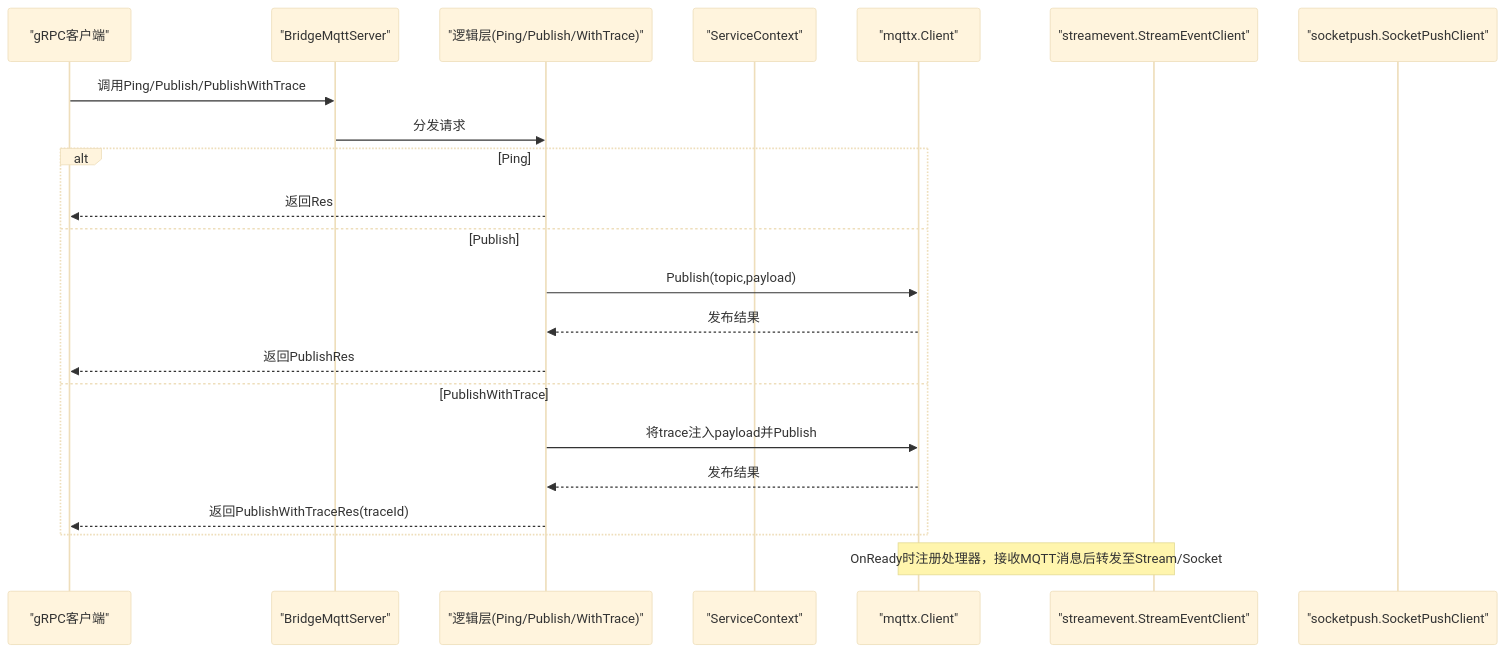
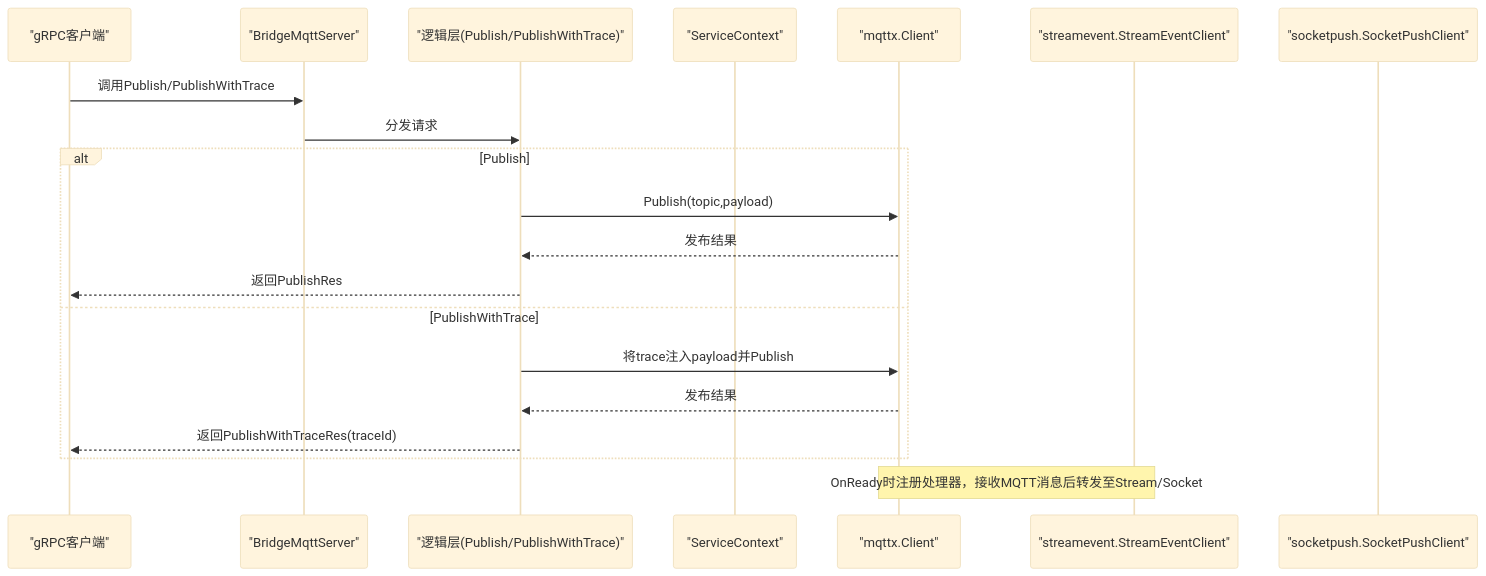
One commit to maomao94/zero-service changed the second of 3 diagrams in .qoder/repowiki/zh/content/API参考文档/gRPC API接口/MQTT桥接服务API.md. Above: the diagram before and after it, drawn with Mermaid (base theme). The commit also changed other lines of this file and 59 other files, not shown here.

````diff
--- a/.qoder/repowiki/zh/content/API参考文档/gRPC API接口/MQTT桥接服务API.md
+++ b/.qoder/repowiki/zh/content/API参考文档/gRPC API接口/MQTT桥接服务API.md
@@ -106,24 +111,22 @@
 ```mermaid
 sequenceDiagram
 participant Client as "gRPC客户端"
 participant Server as "BridgeMqttServer"
-participant Logic as "逻辑层(Ping/Publish/WithTrace)"
+participant Logic as "逻辑层(Publish/PublishWithTrace)"
 participant Ctx as "ServiceContext"
 participant Mqtt as "mqttx.Client"
 participant Stream as "streamevent.StreamEventClient"
 participant Socket as "socketpush.SocketPushClient"
-Client->>Server : 调用Ping/Publish/PublishWithTrace
+Client->>Server : 调用Publish/PublishWithTrace
 Server->>Logic : 分发请求
-alt Ping
-Logic-->>Client : 返回Res
-else Publish
+alt Publish
 Logic->>Mqtt : Publish(topic,payload)
 Mqtt-->>Logic : 发布结果
 Logic-->>Client : 返回PublishRes
 else PublishWithTrace
 Logic->>Mqtt : 将trace注入payload并Publish
 Mqtt-->>Logic : 发布结果
 Logic-->>Client : 返回PublishWithTraceRes(traceId)
 end
 Note over Mqtt,Stream : OnReady时注册处理器，接收MQTT消息后转发至Stream/Socket
 ```
````
